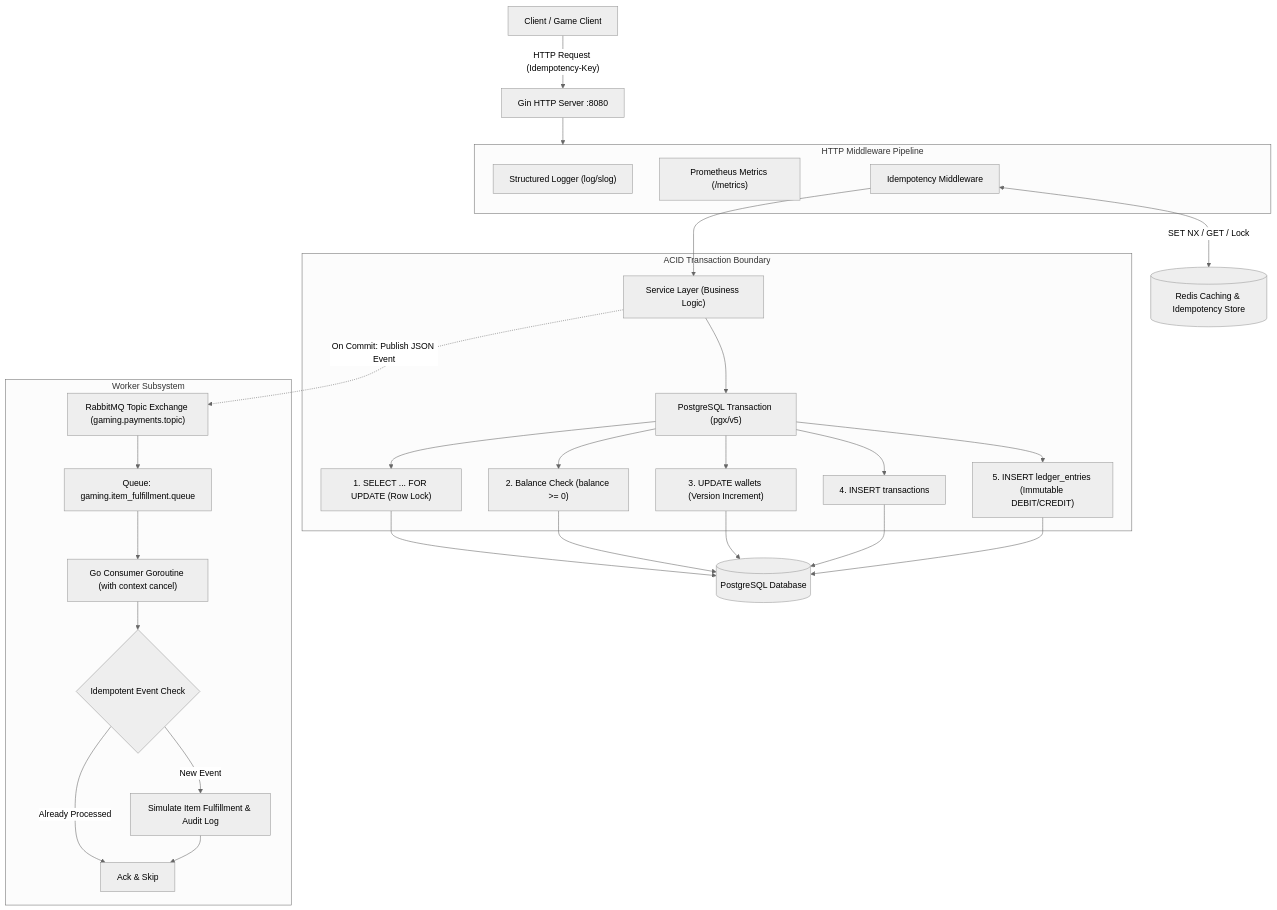
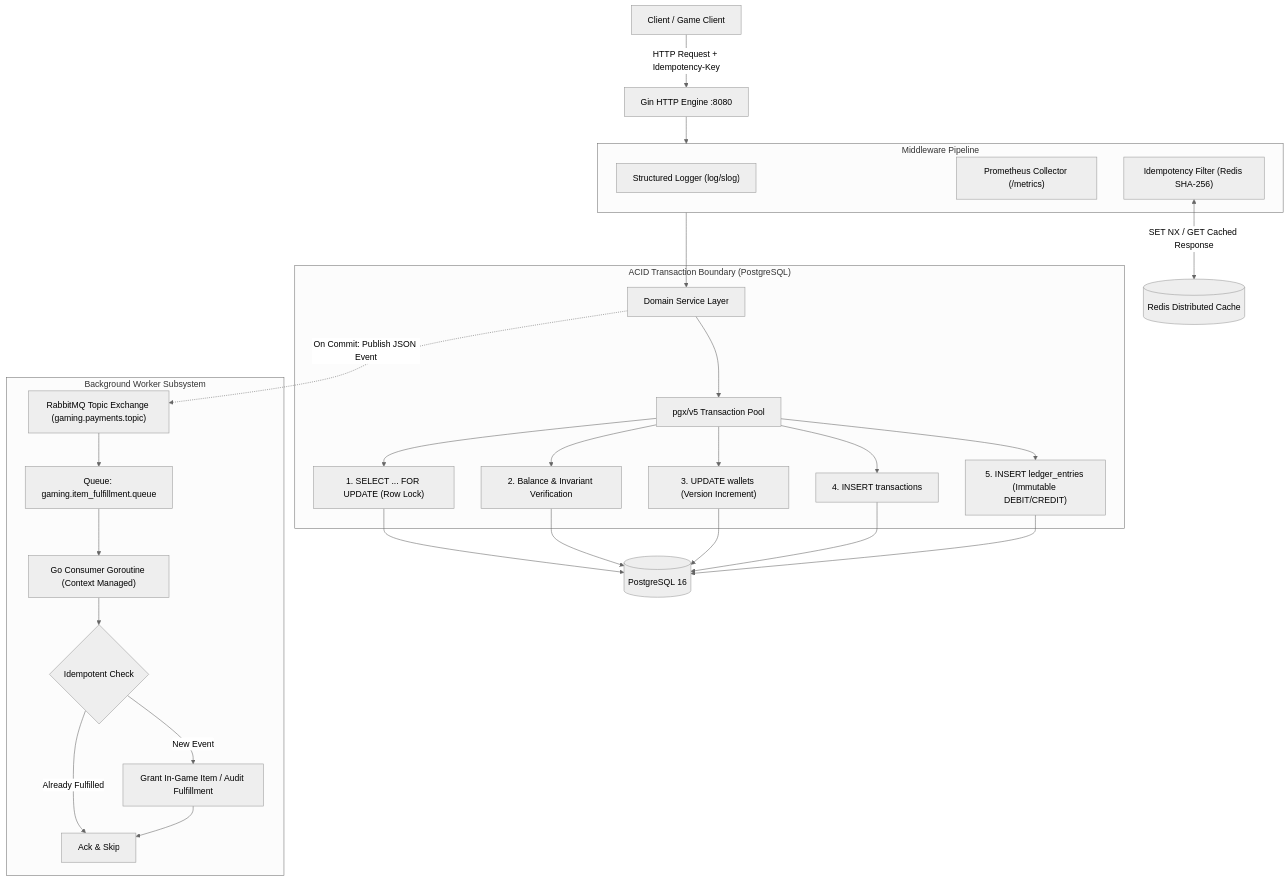
Before and after one commit to HasanRzayev/Game-Wallet-Payment-Ledger-Service-GO-: the first of 2 diagrams in README.md, drawn with Mermaid (neutral theme). The commit also changed other lines of this file and 4 other files, not shown here.

Commit message:
docs: update comprehensive English README with visual dashboard screenshots and architecture guides

````diff
--- a/README.md
+++ b/README.md
@@ -9,41 +65,41 @@
 ```mermaid
 flowchart TD
-    Client["Client / Game Client"] -- "HTTP Request (Idempotency-Key)" --> Gin["Gin HTTP Server :8080"]
-    
-    subgraph GinMiddleware ["HTTP Middleware Pipeline"]
+    Client["Client / Game Client"] -- "HTTP Request + Idempotency-Key" --> Gin["Gin HTTP Engine :8080"]
+
+    subgraph Middleware ["Middleware Pipeline"]
         Logger["Structured Logger (log/slog)"]
-        Metrics["Prometheus Metrics (/metrics)"]
-        IdempMW["Idempotency Middleware"]
+        Metrics["Prometheus Collector (/metrics)"]
+        Idemp["Idempotency Filter (Redis SHA-256)"]
     end
-    
-    Gin --> GinMiddleware
-    IdempMW <-->|"SET NX / GET / Lock"| Redis[("Redis Caching & Idempotency Store")]
-    
-    IdempMW --> ServiceLayer["Service Layer (Business Logic)"]
-    
-    subgraph Persistence ["ACID Transaction Boundary"]
-        ServiceLayer --> DBTx["PostgreSQL Transaction (pgx/v5)"]
-        DBTx --> LockWallet["1. SELECT ... FOR UPDATE (Row Lock)"]
-        DBTx --> ValidateBalance["2. Balance Check (balance >= 0)"]
-        DBTx --> UpdateWallet["3. UPDATE wallets (Version Increment)"]
-        DBTx --> InsertTx["4. INSERT transactions"]
-        DBTx --> InsertLedger["5. INSERT ledger_entries (Immutable DEBIT/CREDIT)"]
+
+    Gin --> Middleware
+    Idemp <-->|"SET NX / GET Cached Response"| Redis[("Redis Distributed Cache")]
+
+    Middleware --> Service["Domain Service Layer"]
+
+    subgraph DatabaseBoundary ["ACID Transaction Boundary (PostgreSQL)"]
+        Service --> Tx["pgx/v5 Transaction Pool"]
+        Tx --> Lock["1. SELECT ... FOR UPDATE (Row Lock)"]
+        Tx --> Check["2. Balance & Invariant Verification"]
+        Tx --> Update["3. UPDATE wallets (Version Increment)"]
+        Tx --> InsertTx["4. INSERT transactions"]
+        Tx --> InsertLedger["5. INSERT ledger_entries (Immutable DEBIT/CREDIT)"]
     end
-    
-    LockWallet --> PG[("PostgreSQL Database")]
-    ValidateBalance --> PG
-    UpdateWallet --> PG
+
+    Lock --> PG[("PostgreSQL 16")]
+    Check --> PG
+    Update --> PG
     InsertTx --> PG
     InsertLedger --> PG
-    
-    ServiceLayer -.->|"On Commit: Publish JSON Event"| RabbitMQ["RabbitMQ Topic Exchange (gaming.payments.topic)"]
-    
-    subgraph BackgroundWorker ["Worker Subsystem"]
+
+    Service -.->|"On Commit: Publish JSON Event"| RabbitMQ["RabbitMQ Topic Exchange (gaming.payments.topic)"]
+
+    subgraph EventWorker ["Background Worker Subsystem"]
         RabbitMQ --> Queue["Queue: gaming.item_fulfillment.queue"]
-        Queue --> Worker["Go Consumer Goroutine (with context cancel)"]
-        Worker --> CheckEvent{"Idempotent Event Check"}
-        CheckEvent -- "Already Processed" --> Ack["Ack & Skip"]
-        CheckEvent -- "New Event" --> Fulfill["Simulate Item Fulfillment & Audit Log"]
-        Fulfill --> Ack
+        Queue --> Worker["Go Consumer Goroutine (Context Managed)"]
+        Worker --> Deduplicate{"Idempotent Check"}
+        Deduplicate -- "Already Fulfilled" --> Ack["Ack & Skip"]
+        Deduplicate -- "New Event" --> Grant["Grant In-Game Item / Audit Fulfillment"]
+        Grant --> Ack
     end
 ```
````
